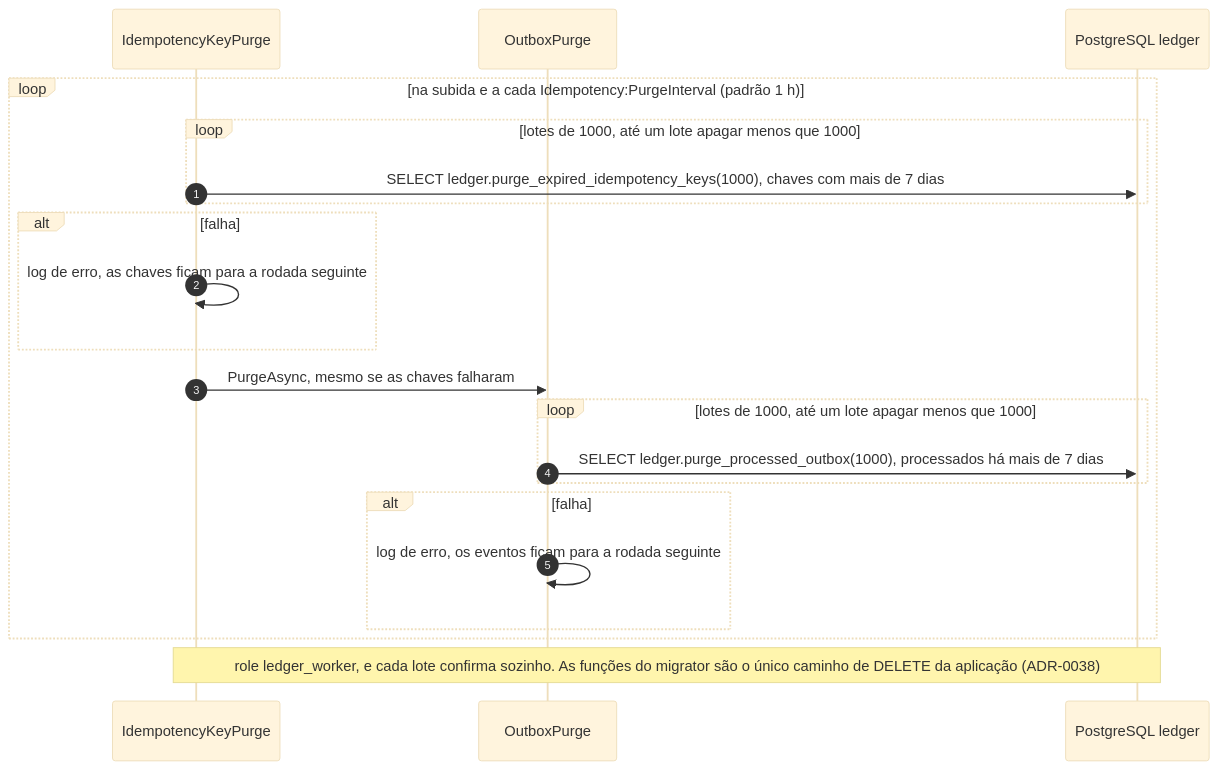
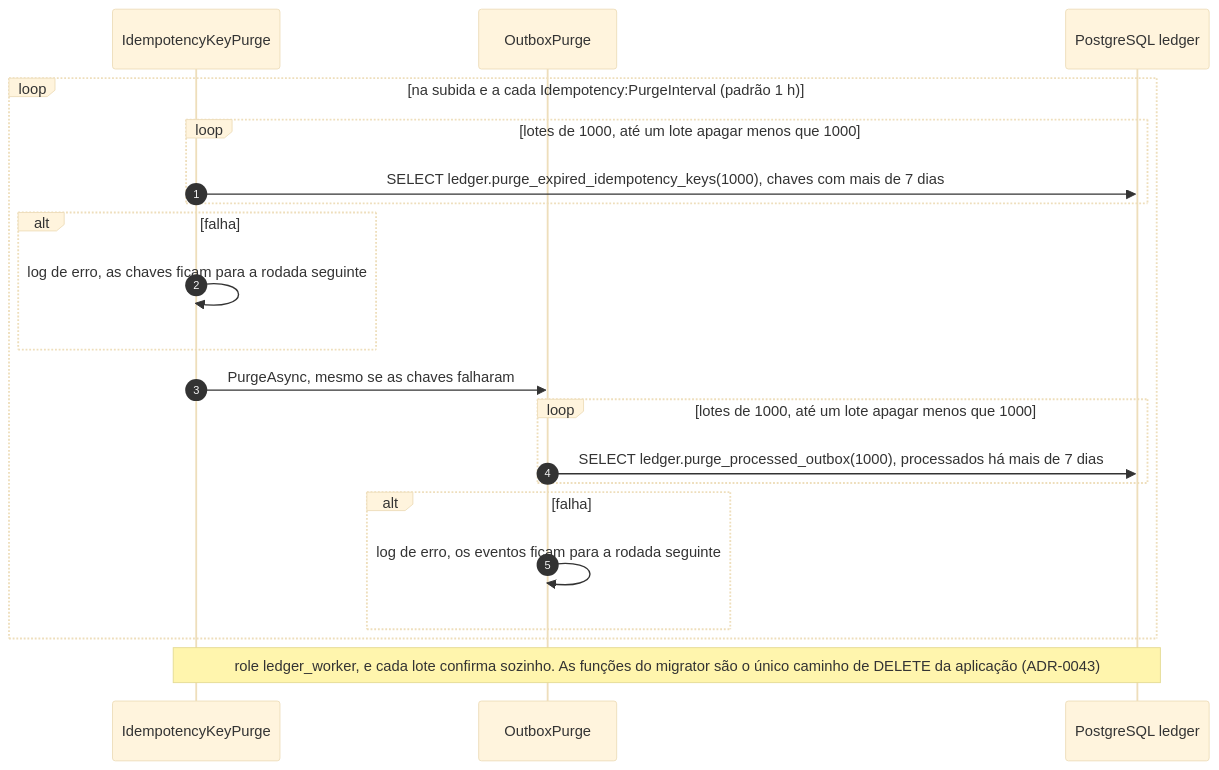
Before and after one commit to arthuurw/desafio-arquiteto-keyrus: the eighth of 8 diagrams in docs/arquitetura/fluxos-ledger.md, drawn with Mermaid (base theme). The commit also changed other lines of this file and 48 other files, not shown here.

````diff
--- a/docs/arquitetura/fluxos-ledger.md
+++ b/docs/arquitetura/fluxos-ledger.md
@@ -379,24 +379,24 @@
 ```mermaid
 sequenceDiagram
   autonumber
   participant P as IdempotencyKeyPurge
   participant O as OutboxPurge
   participant DB as PostgreSQL ledger
 
   loop na subida e a cada Idempotency:PurgeInterval (padrão 1 h)
     loop lotes de 1000, até um lote apagar menos que 1000
       P->>DB: SELECT ledger.purge_expired_idempotency_keys(1000), chaves com mais de 7 dias
     end
     alt falha
       P->>P: log de erro, as chaves ficam para a rodada seguinte
     end
     P->>O: PurgeAsync, mesmo se as chaves falharam
     loop lotes de 1000, até um lote apagar menos que 1000
       O->>DB: SELECT ledger.purge_processed_outbox(1000), processados há mais de 7 dias
     end
     alt falha
       O->>O: log de erro, os eventos ficam para a rodada seguinte
     end
   end
-  Note over P,DB: role ledger_worker, e cada lote confirma sozinho. As funções do migrator são o único caminho de DELETE da aplicação (ADR-0038)
+  Note over P,DB: role ledger_worker, e cada lote confirma sozinho. As funções do migrator são o único caminho de DELETE da aplicação (ADR-0043)
 ```
````
